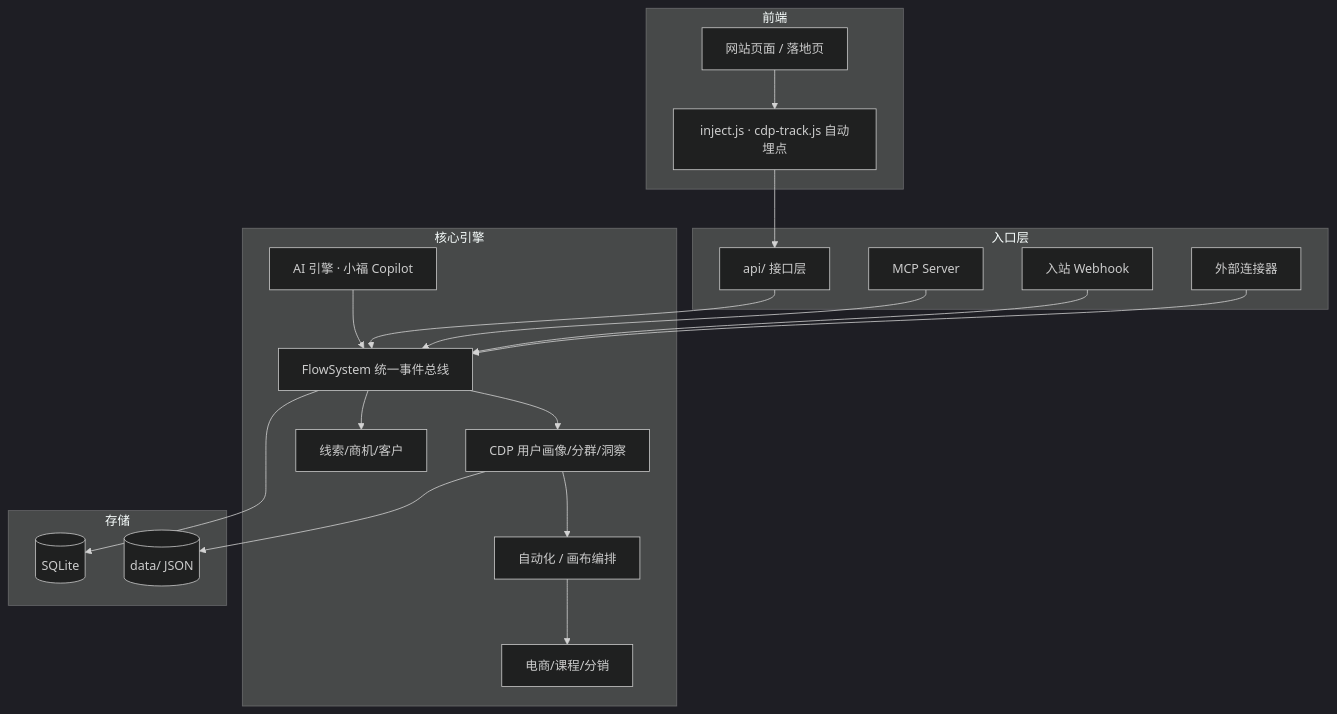
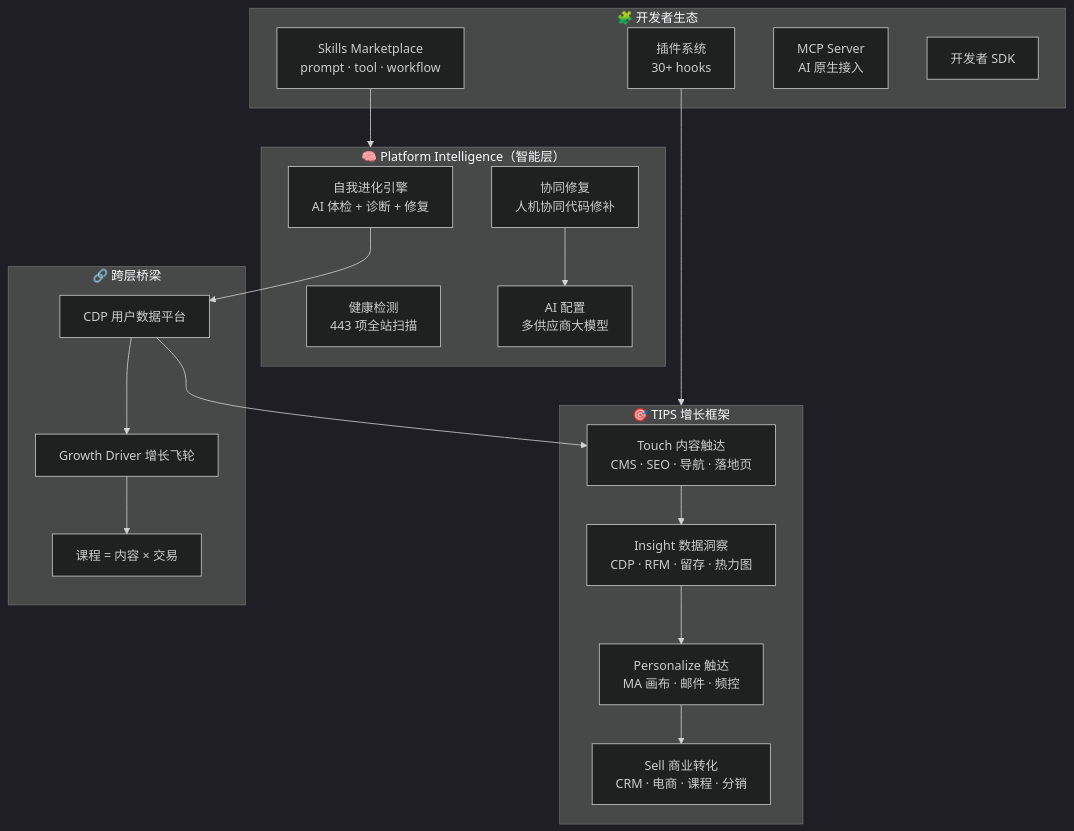
The second of 3 diagrams in README.md (sevenaaaaaaaaa/openflow), drawn with Mermaid (dark theme) before and after one commit. The commit also changed other lines of this file and 1 other file, not shown here.

First line of the commit message:
docs: 产品逻辑重梳理（Platform Intelligence + TIPS + 生态）

````diff
--- a/README.md
+++ b/README.md
@@ -61,38 +78,35 @@
 ```mermaid
 graph TB
-  subgraph 前端
-    WEB[网站页面 / 落地页]
-    TRACK[inject.js · cdp-track.js 自动埋点]
+  subgraph PI["🧠 Platform Intelligence（智能层）"]
+    EVO[自我进化引擎<br/>AI 体检 + 诊断 + 修复]
+    FIX[协同修复<br/>人机协同代码修补]
+    HC[健康检测<br/>443 项全站扫描]
+    AI[AI 配置<br/>多供应商大模型]
   end
 
-  subgraph 入口层
-    API[api/ 接口层]
-    MCP[MCP Server]
-    INBOUND[入站 Webhook]
-    CONN[外部连接器]
+  subgraph TIPS["🎯 TIPS 增长框架"]
+    TOUCH[Touch 内容触达<br/>CMS · SEO · 导航 · 落地页]
+    INSIGHT[Insight 数据洞察<br/>CDP · RFM · 留存 · 热力图]
+    PERS[Personalize 触达<br/>MA 画布 · 邮件 · 频控]
+    SELL[Sell 商业转化<br/>CRM · 电商 · 课程 · 分销]
   end
 
-  subgraph 核心引擎
-    FLOW[FlowSystem 统一事件总线]
-    CDP[CDP 用户画像/分群/洞察]
-    MA[自动化 / 画布编排]
-    CRM[线索/商机/客户]
-    COMM[电商/课程/分销]
-    AI[AI 引擎 · 小福 Copilot]
+  subgraph BRIDGE["🔗 跨层桥梁"]
+    CDP[CDP 用户数据平台]
+    GD[Growth Driver 增长飞轮]
+    COURSE[课程 = 内容 × 交易]
   end
 
-  subgraph 存储
-    JSON[(data/ JSON)]
-    DB[(SQLite)]
+  subgraph ECO["🧩 开发者生态"]
+    PLUGIN[插件系统<br/>30+ hooks]
+    SKILL[Skills Marketplace<br/>prompt · tool · workflow]
+    MCP[MCP Server<br/>AI 原生接入]
+    SDK[开发者 SDK]
   end
 
-  WEB --> TRACK --> API --> FLOW
-  MCP --> FLOW
-  INBOUND --> FLOW
-  CONN --> FLOW
-  FLOW --> CDP --> MA --> COMM
-  FLOW --> CRM
-  AI --> FLOW
-  CDP --> JSON
-  FLOW --> DB
+  EVO --> CDP --> TOUCH --> INSIGHT --> PERS --> SELL
+  FIX --> AI
+  CDP --> GD --> COURSE
+  PLUGIN --> TIPS
+  SKILL --> PI
 ```
````
